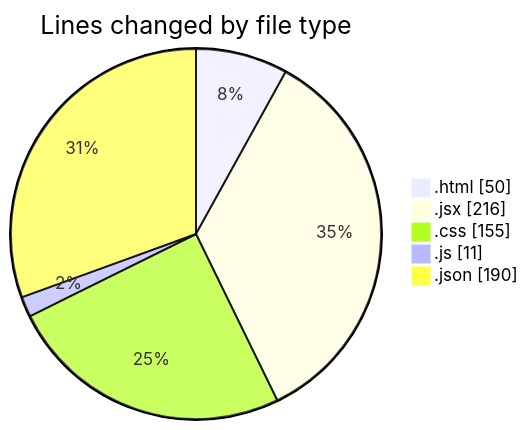
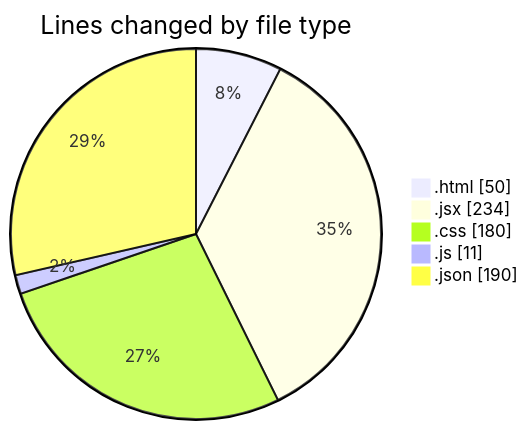
The first of 2 diagrams in 2025-02-12/elitegpt/README.md (Elitesun/code-tracking), drawn with Mermaid before and after one commit. The commit also changed other lines of this file and 1 other file, not shown here.

````diff
--- a/2025-02-12/elitegpt/README.md
+++ b/2025-02-12/elitegpt/README.md
@@ -30,9 +31,9 @@
 ```mermaid
 pie showData
 title Lines changed by file type
 ".html" : 50
-".jsx" : 216
-".css" : 155
+".jsx" : 234
+".css" : 180
 ".js" : 11
 ".json" : 190
 ```
````
